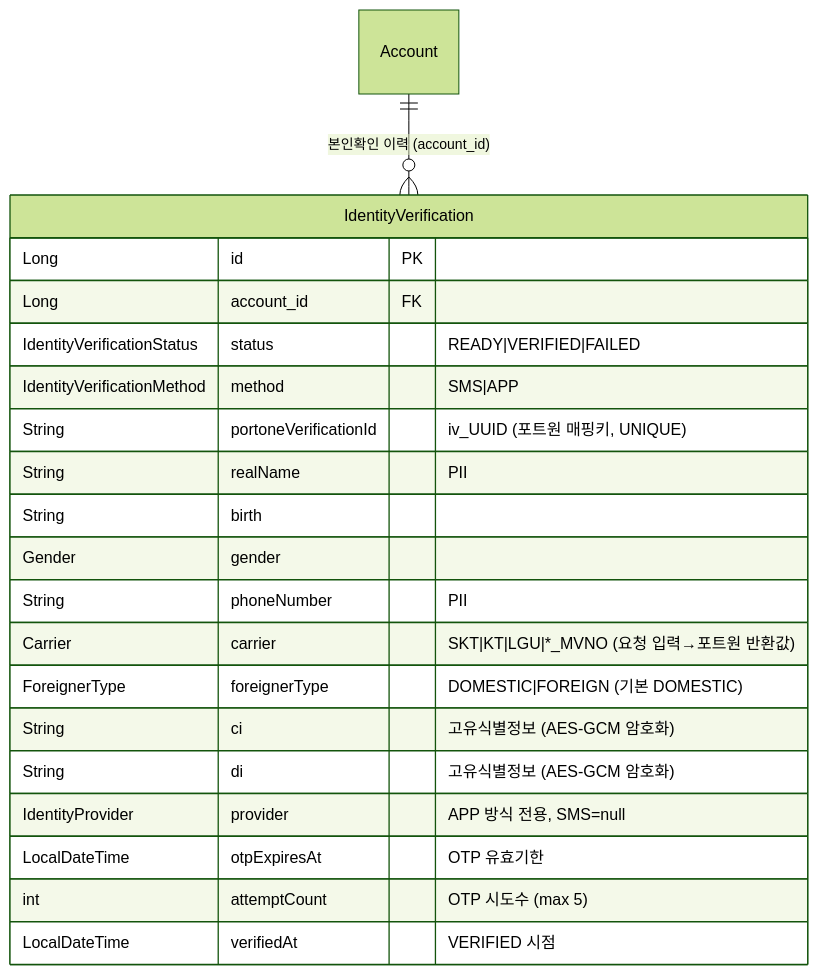
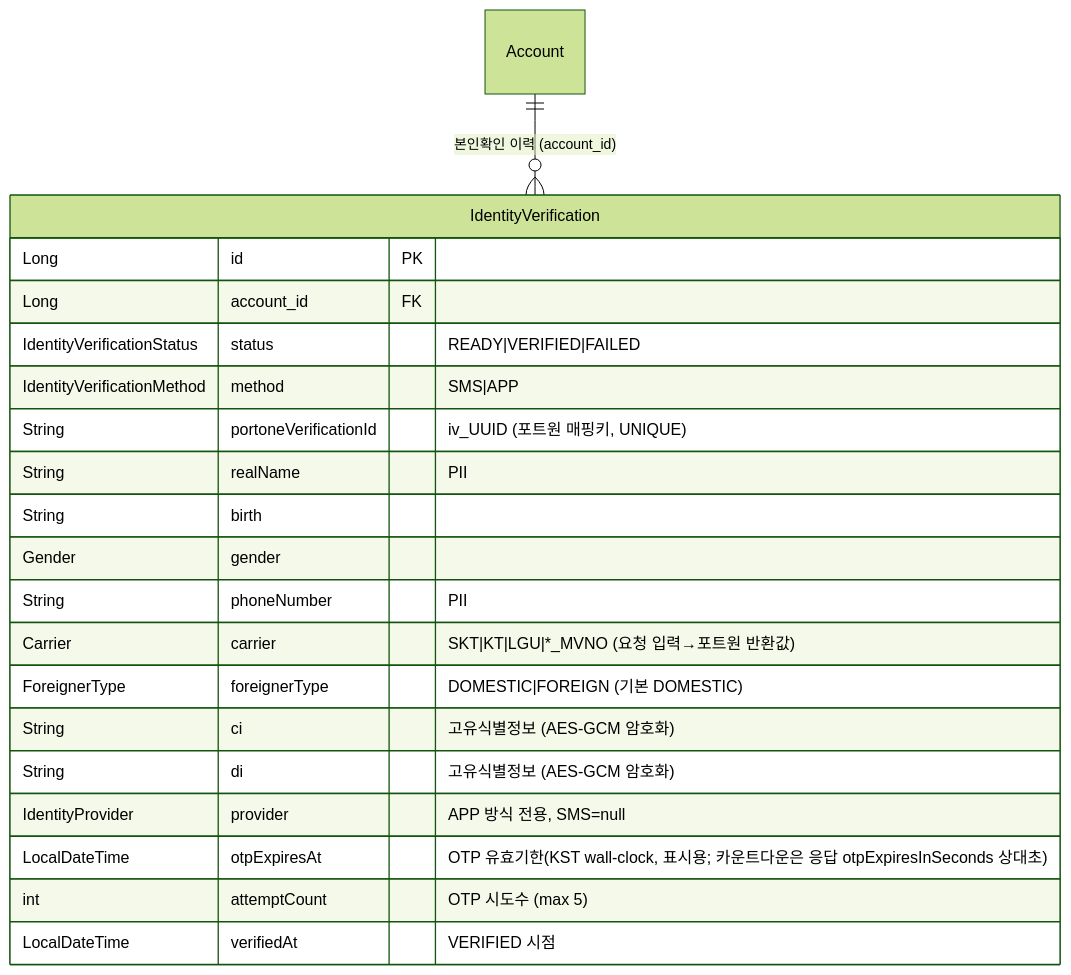
Before and after one commit to pungdong/Pungdong-Backend: the fourth of 4 diagrams in docs/architecture/identity-verification.md, drawn with Mermaid (forest theme). The commit also changed other lines of this file and 6 other files, not shown here.

````diff
--- a/docs/architecture/identity-verification.md
+++ b/docs/architecture/identity-verification.md
@@ -112,24 +112,24 @@
 ```mermaid
 erDiagram
     Account ||--o{ IdentityVerification : "본인확인 이력 (account_id)"
 
     IdentityVerification {
         Long id PK
         Long account_id FK
         IdentityVerificationStatus status "READY|VERIFIED|FAILED"
         IdentityVerificationMethod method "SMS|APP"
         String portoneVerificationId "iv_UUID (포트원 매핑키, UNIQUE)"
         String realName "PII"
         String birth
         Gender gender
         String phoneNumber "PII"
         Carrier carrier "SKT|KT|LGU|*_MVNO (요청 입력→포트원 반환값)"
         ForeignerType foreignerType "DOMESTIC|FOREIGN (기본 DOMESTIC)"
         String ci "고유식별정보 (AES-GCM 암호화)"
         String di "고유식별정보 (AES-GCM 암호화)"
         IdentityProvider provider "APP 방식 전용, SMS=null"
-        LocalDateTime otpExpiresAt "OTP 유효기한"
+        LocalDateTime otpExpiresAt "OTP 유효기한(KST wall-clock, 표시용; 카운트다운은 응답 otpExpiresInSeconds 상대초)"
         int attemptCount "OTP 시도수 (max 5)"
         LocalDateTime verifiedAt "VERIFIED 시점"
     }
 ```
````
